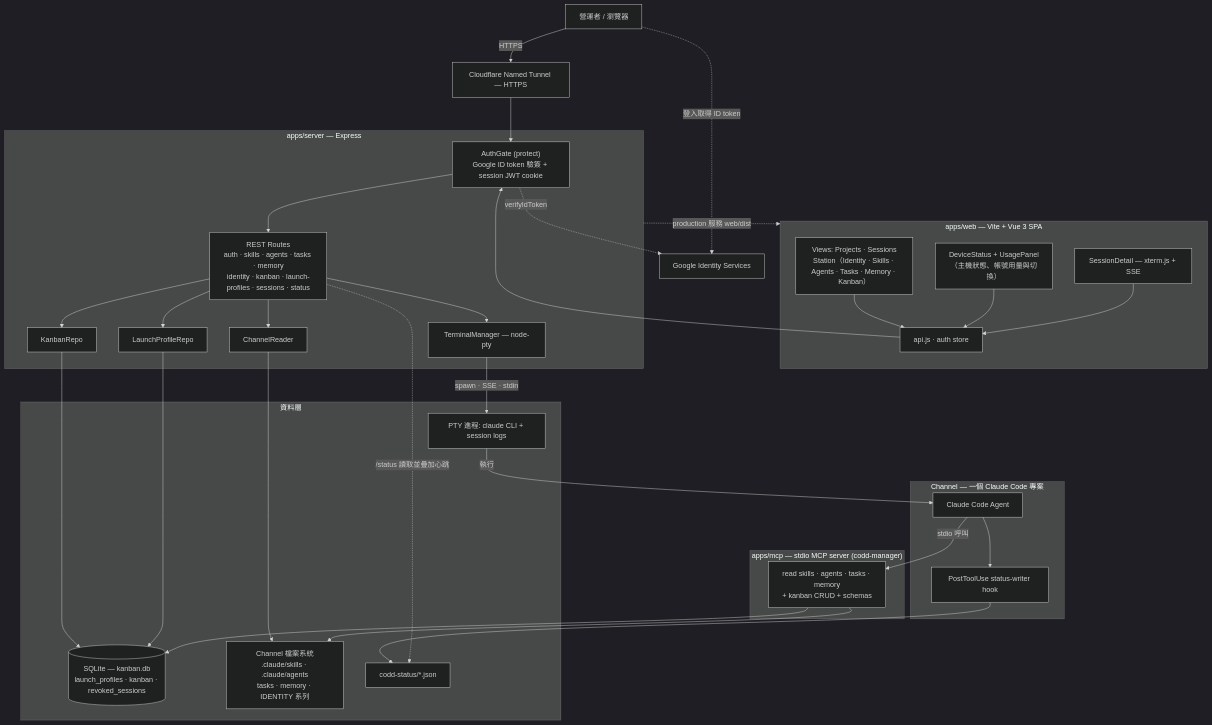
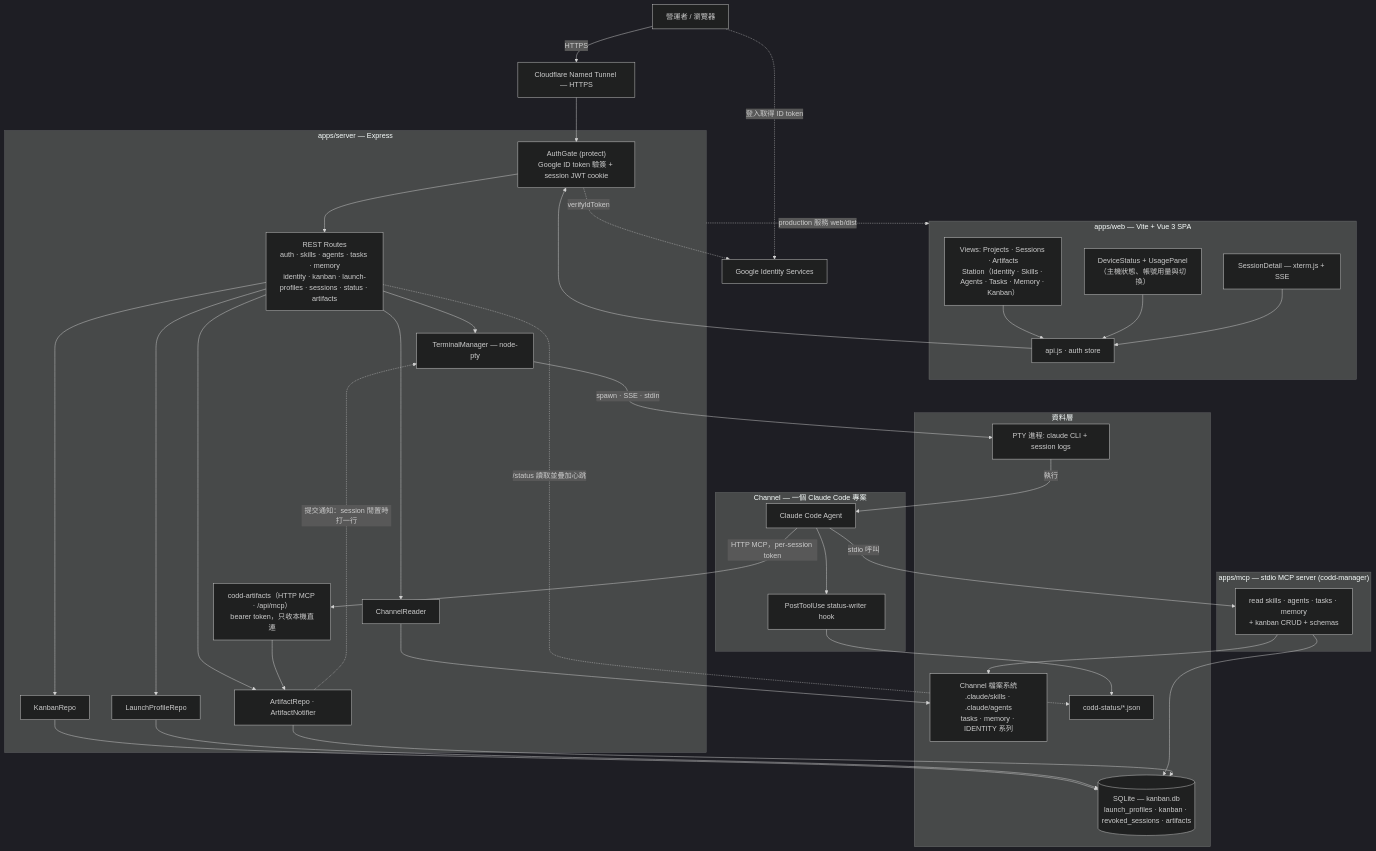
One commit to Wcc723/claude-code-operator-dashboard changed the first of 2 diagrams in README.md. Above: the diagram before and after it, drawn with Mermaid (dark theme). The commit also changed other lines of this file and 32 other files, not shown here.

First line of the commit message:
feat: CODD Artifact（HTML 頁面與設計畫布）

````diff
--- a/README.md
+++ b/README.md
@@ -24,61 +25,66 @@
 ```mermaid
 flowchart TB
   Operator["營運者 / 瀏覽器"]
   Google["Google Identity Services"]
   CF["Cloudflare Named Tunnel — HTTPS"]
 
   subgraph WEB["apps/web — Vite + Vue 3 SPA"]
-    Views["Views: Projects · Sessions<br/>Station（Identity · Skills · Agents · Tasks · Memory · Kanban）"]
+    Views["Views: Projects · Sessions · Artifacts<br/>Station（Identity · Skills · Agents · Tasks · Memory · Kanban）"]
     Pulse["DeviceStatus + UsagePanel（主機狀態、帳號用量與切換）"]
     Term["SessionDetail — xterm.js + SSE"]
     Api["api.js · auth store"]
   end
 
   subgraph SRV["apps/server — Express"]
     Gate["AuthGate (protect)<br/>Google ID token 驗簽 + session JWT cookie"]
-    Routes["REST Routes<br/>auth · skills · agents · tasks · memory<br/>identity · kanban · launch-profiles · sessions · status"]
+    Routes["REST Routes<br/>auth · skills · agents · tasks · memory<br/>identity · kanban · launch-profiles · sessions · status · artifacts"]
     CR["ChannelReader"]
     KR["KanbanRepo"]
     LPR["LaunchProfileRepo"]
     TM["TerminalManager — node-pty"]
+    AMCP["codd-artifacts（HTTP MCP · /api/mcp）<br/>bearer token，只收本機直連"]
+    AR["ArtifactRepo · ArtifactNotifier"]
   end
 
   subgraph MCP["apps/mcp — stdio MCP server (codd-manager)"]
     Tools["read skills · agents · tasks · memory<br/>+ kanban CRUD + schemas"]
   end
 
   subgraph DATA["資料層"]
-    DB[("SQLite — kanban.db<br/>launch_profiles · kanban · revoked_sessions")]
+    DB[("SQLite — kanban.db<br/>launch_profiles · kanban · revoked_sessions · artifacts")]
     FS["Channel 檔案系統<br/>.claude/skills · .claude/agents<br/>tasks · memory · IDENTITY 系列"]
     ST["codd-status/*.json"]
     PTY["PTY 進程: claude CLI + session logs"]
   end
 
   subgraph CH["Channel — 一個 Claude Code 專案"]
     Agent["Claude Code Agent"]
     Hook["PostToolUse status-writer hook"]
   end
 
   Operator -->|HTTPS| CF --> Gate
   Operator -.->|登入取得 ID token| Google
   Gate -.->|verifyIdToken| Google
   Views --> Api
   Pulse --> Api
   Term --> Api
   Api --> Gate --> Routes
   Routes --> CR
   Routes --> KR
   Routes --> LPR
   Routes --> TM
   CR --> FS
   KR --> DB
   LPR --> DB
   TM -->|spawn · SSE · stdin| PTY
   PTY -->|執行| Agent
   Agent -->|stdio 呼叫| Tools
   Tools --> FS
   Tools --> DB
+  Routes --> AR
+  Agent -->|HTTP MCP，per-session token| AMCP --> AR --> DB
+  AR -.->|提交通知：session 閒置時打一行| TM
   Agent --> Hook --> ST
   Routes -.->|/status 讀取並疊加心跳| ST
   SRV -.->|production 服務 web/dist| WEB
 ```
````
